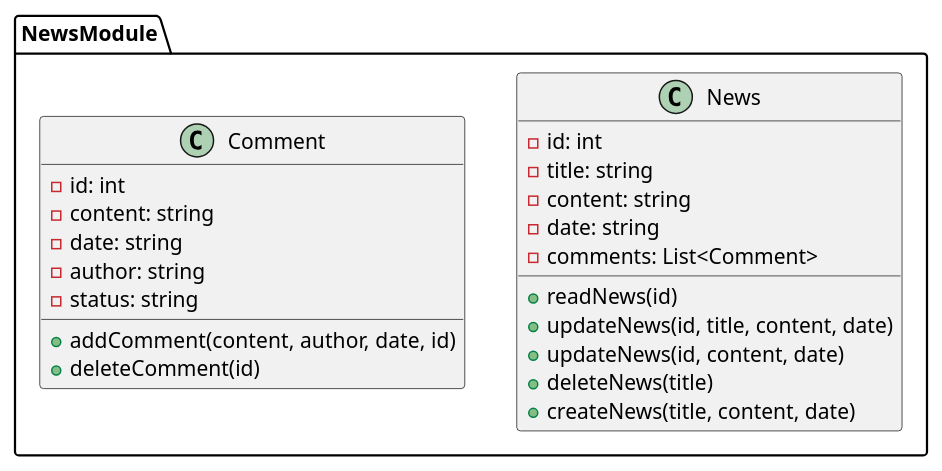
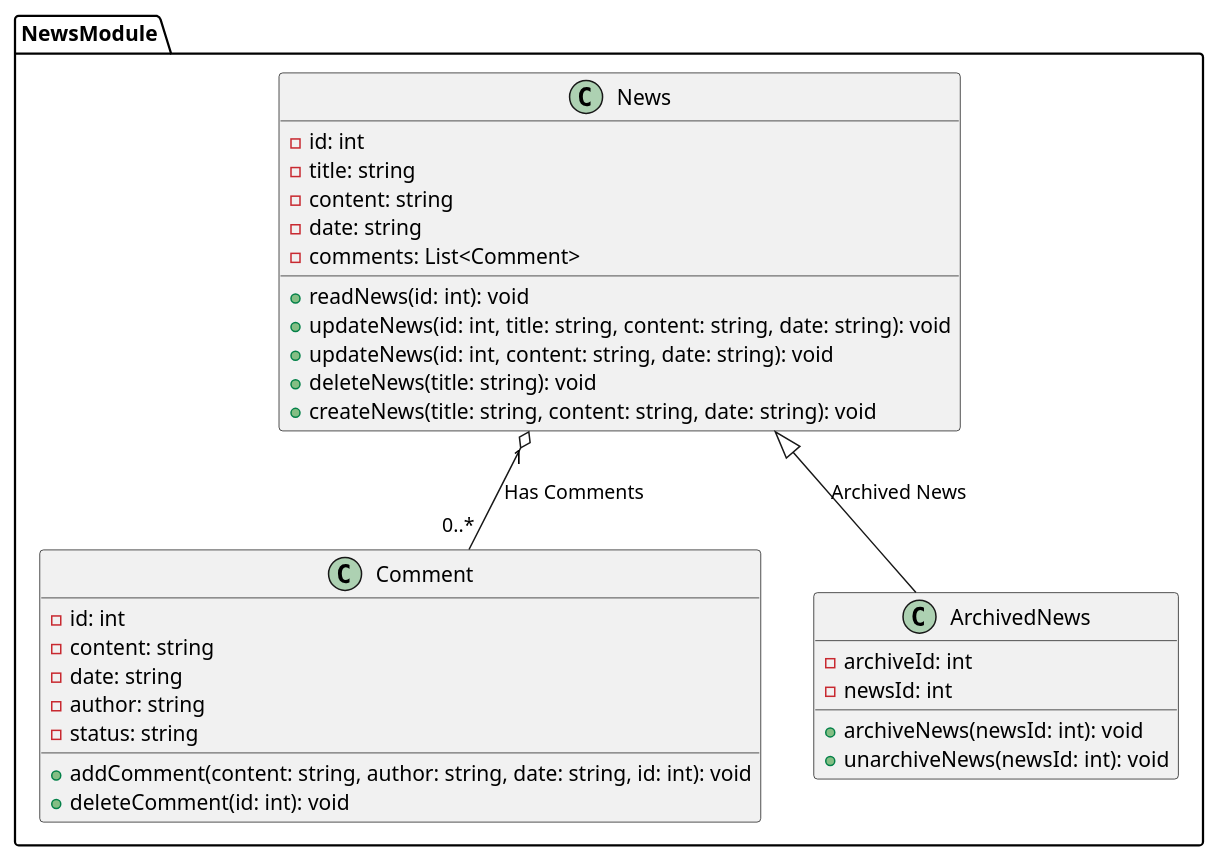
One commit to anshium/DASS-Assignment-3-IMS-System-Design changed the diagram in manage_news.plantuml. Above: the diagram before and after it, drawn with PlantUML.

```diff
--- a/manage_news.plantuml
+++ b/manage_news.plantuml
@@ -1,28 +1,37 @@
-@startuml manage_news
-
+@startuml
 package NewsModule {
     class News {
         - id: int
         - title: string
         - content: string
         - date: string
         - comments: List<Comment>
-        + readNews(id)
-        + updateNews(id, title, content, date)
-        + updateNews(id, content, date)
-        + deleteNews(title)
-        + createNews(title, content, date)
+        + readNews(id: int): void
+        + updateNews(id: int, title: string, content: string, date: string): void
+        + updateNews(id: int, content: string, date: string): void
+        + deleteNews(title: string): void
+        + createNews(title: string, content: string, date: string): void
     }
 
     class Comment {
         - id: int
         - content: string
         - date: string
         - author: string
         - status: string
-        + addComment(content, author, date, id)
-        + deleteComment(id)
+        + addComment(content: string, author: string, date: string, id: int): void
+        + deleteComment(id: int): void
     }
+
+    News "1" o-- "0..*" Comment : "Has Comments"
+
+    class ArchivedNews {
+        - archiveId: int
+        - newsId: int
+        + archiveNews(newsId: int): void
+        + unarchiveNews(newsId: int): void
+    }
+
+    News <|-- ArchivedNews : "Archived News"
 }
-
 @enduml
```
